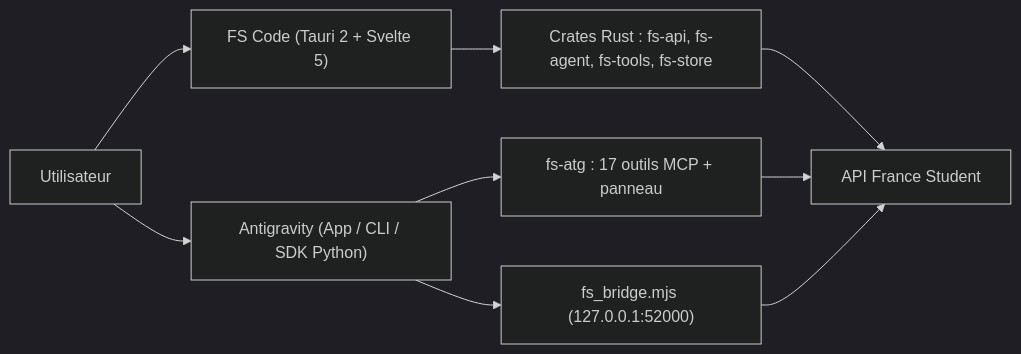
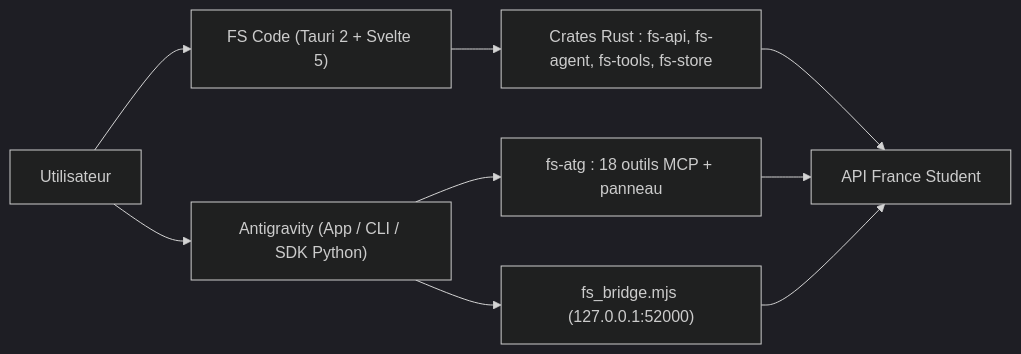
Before and after one commit to NoRushJustCat/FranceStudent_Desktop: the diagram in README.md, drawn with Mermaid (dark theme). The commit also changed other lines of this file and 10 other files, not shown here.

Commit message:
feat(mcp,fs-atg,app): outil média natif fs_media (images/SVG/FFmpeg/HyperFrames), presets créatifs vérifiés et compactage schémas MCP

````diff
--- a/README.md
+++ b/README.md
@@ -83,13 +83,13 @@
 ```mermaid
 flowchart LR
   U["Utilisateur"] --> FS["FS Code (Tauri 2 + Svelte 5)"]
   U --> AG["Antigravity (App / CLI / SDK Python)"]
 
   FS --> CR["Crates Rust : fs-api, fs-agent, fs-tools, fs-store"]
   CR --> API["API France Student"]
 
-  AG --> ATG["fs-atg : 17 outils MCP + panneau"]
+  AG --> ATG["fs-atg : 18 outils MCP + panneau"]
   AG --> BR["fs_bridge.mjs (127.0.0.1:52000)"]
   ATG --> API
   BR --> API
 ```
````
